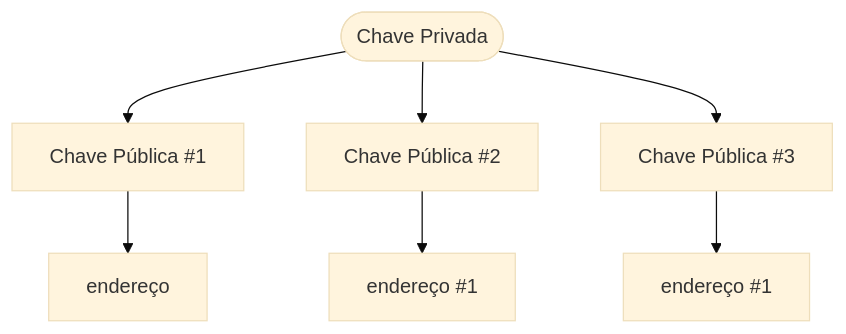
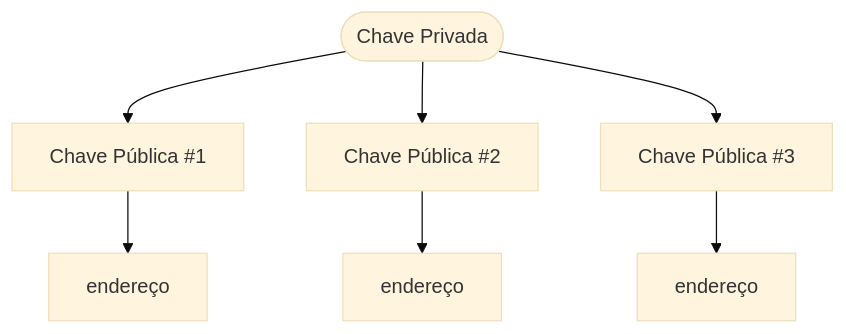
One commit to ColcheteDAO/workshop changed the second of 7 diagrams in LetsCoCreate/carteiras.md. Above: the diagram before and after it, drawn with Mermaid (base theme).

Commit message:
docs: prepare presentation

````diff
--- a/LetsCoCreate/carteiras.md
+++ b/LetsCoCreate/carteiras.md
@@ -10,12 +10,12 @@
 ```mermaid
 flowchart TD
     A(["Chave Privada"]) --> B["Chave Pública #1"] & n1@{ label: "<span style=\"padding-left:\">Chave Pública #2</span>" } & n2@{ label: "<span style=\"padding-left:\"><span style=\"padding-left:\">Chave Pública #3</span></span>" }
     B --> n3["endereço"]
-    n1 --> n4@{ label: "<span style=\"padding-left:\">endereço #1</span>" }
-    n2 --> n5@{ label: "<span style=\"padding-left:\">endereço #1</span>" }
+    n1 --> n4["endereço"]
+    n2 --> n5["endereço"]
     B@{ shape: rect}
     n1@{ shape: rect}
     n2@{ shape: rect}
     n4@{ shape: rect}
     n5@{ shape: rect}
 ```
````
